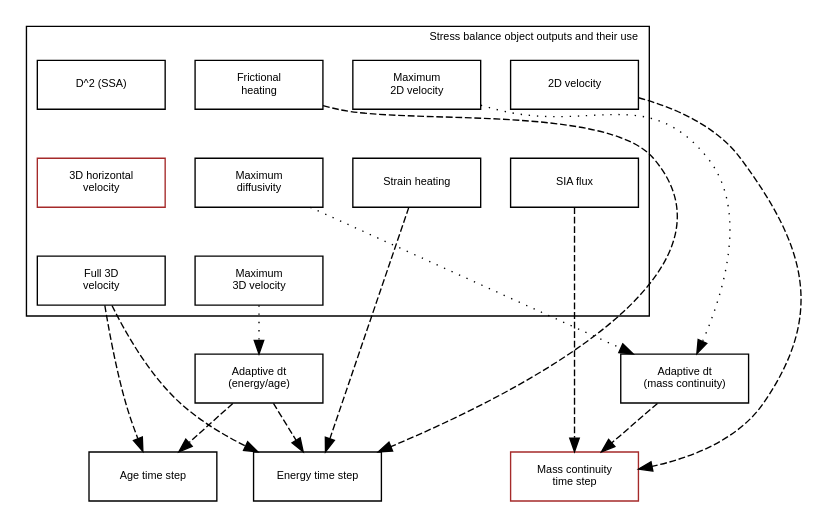
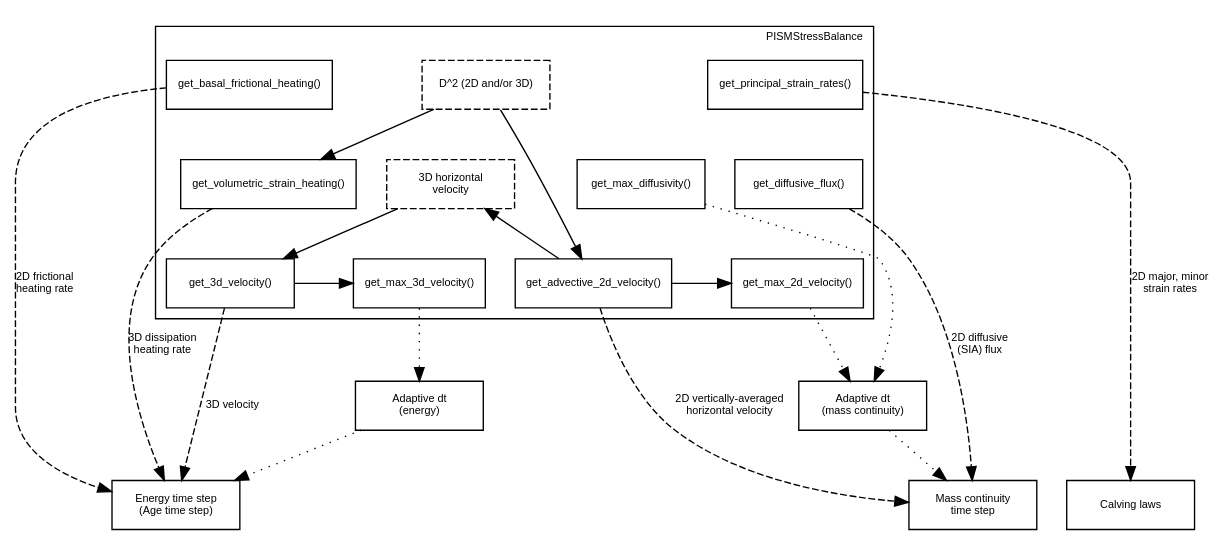
The diagram in src/base/stressbalance/figs/stressbalance-out.dot (pism/pism), drawn with Graphviz before and after one commit. The commit also changed other lines of this file and 7 other files, not shown here.

Commit message:
Added documentation to PISMStressBalance and clarified a bit of externals of BlatterStressBalance.  Much to do on latter ...

```diff
--- a/src/base/stressbalance/figs/stressbalance-out.dot
+++ b/src/base/stressbalance/figs/stressbalance-out.dot
@@ -1,52 +1,67 @@
 digraph out {
-    node [fontname=Arial fontsize=8 shape=box width=1.3 fixedsize=true];
+    node [fontname=Arial fontsize=8 shape=box width=1.3 fixedsize=false];
     edge [fontname=Arial fontsize=8];
     graph [fontname=Arial fontsize=8 ranksep=0.5 nodesep=0.3];
 
 subgraph cluster_out {
     // Global graph parameters
 
-    label="Stress balance object outputs and their use"
+    label="PISMStressBalance"
     labeljust=r
 
-    {rank=same
-        vel_2d [label="2D velocity"];   
-        frictional_heating [label="Frictional\nheating"];
-        max_uv [label="Maximum\n2D velocity"];
-        D2_ssa [label="D^2 (SSA)"];
+    {rank=min
+        frictional_heating [label="get_basal_frictional_heating()"];
+        D2_ssa [label="D^2 (2D and/or 3D)" style=dashed];
+        principal [label="get_principal_strain_rates()"];
     }
     {rank=same
-        sia_flux [label="SIA flux"];
-        D_max [label="Maximum\ndiffusivity"];
-        vel_3d [label="3D horizontal\nvelocity" color="brown"];
-        Sigma [label="Strain heating"];
+        vel_3d [label="3D horizontal\nvelocity" style=dashed];
+        Sigma [label="get_volumetric_strain_heating()"];
+        sia_flux [label="get_diffusive_flux()"];
+        D_max [label="get_max_diffusivity()"];
     }
-    vel_2d -> vel_3d [label="" style=invis weight=10];
-    frictional_heating -> sia_flux [style=invis weight=10];
-    {rank=same
-        vel_3d_full [label="Full 3D\nvelocity"];
-        max_uvw [label="Maximum\n3D velocity"];
+    {rank=max
+        vel_3d_full [label="get_3d_velocity()"];
+        max_uvw [label="get_max_3d_velocity()"];
+        vel_2d [label="get_advective_2d_velocity()"];   
+        max_uv [label="get_max_2d_velocity()"];
     }
-    vel_3d -> vel_3d_full [label="" style=invis weight=10];
-    D_max -> max_uvw [label="" style=invis weight=10];
+    D2_ssa -> vel_2d [label="" style=solid weight=10];
+    D2_ssa -> Sigma [label="" style=solid weight=10];
+    vel_2d -> max_uv [label="" style=solid weight=10];
+    vel_2d -> vel_3d [label="" style=solid weight=10];
+    vel_3d -> vel_3d_full [label="" style=solid weight=10];
+    vel_3d_full -> max_uvw [label="" style=solid weight=10];
 }
 
 {rank=same
+    /*adapt_dt_energy [label="Adaptive dt\n(energy/age)"];*/
+    adapt_dt_energy [label="Adaptive dt\n(energy)"];
     adapt_dt_mass [label="Adaptive dt\n(mass continuity)"];
-    adapt_dt_energy [label="Adaptive dt\n(energy/age)"];
 }
 
 {rank=same
-    mass [label="Mass continuity\ntime step" color="brown"];
-    energy [label="Energy time step"];
-    age [label="Age time step"];
+    energy [label="Energy time step\n(Age time step)"];
+    /*age [label="Age time step"];*/
+    mass [label="Mass continuity\ntime step"];
+    calving [label="Calving laws"];
 }
 
-{D_max max_uv} -> adapt_dt_mass [style=dotted weight=0];
-{max_uvw} -> adapt_dt_energy [label="" style=dotted weight=10];
-{vel_2d adapt_dt_mass} -> mass [style=dashed];
-sia_flux -> mass [style=dashed weight=10];
-{Sigma vel_3d_full adapt_dt_energy frictional_heating} -> energy [style=dashed];
-{vel_3d_full adapt_dt_energy} -> age [style=dashed];
+/* dashed = field transfered
+   dotted = scalar transfered */
+
+{D_max max_uv} -> adapt_dt_mass [style=dotted weight=10];
+max_uvw -> adapt_dt_energy [label="" style=dotted weight=10];
+adapt_dt_mass -> mass [style=dotted];
+adapt_dt_energy -> energy [style=dotted];
+/*adapt_dt_energy -> age [style=dotted];*/
+
+vel_2d -> mass [label="2D vertically-averaged\nhorizontal velocity" style=dashed];
+sia_flux -> mass [label="2D diffusive\n(SIA) flux" style=dashed weight=10];
+Sigma -> energy [label="3D dissipation\nheating rate" style=dashed];
+frictional_heating -> energy [label="2D frictional\nheating rate" style=dashed];
+vel_3d_full -> energy [label="3D velocity" style=dashed];
+/*vel_3d_full -> age [label="3D velocity" style=dashed];*/
+principal -> calving [label="2D major, minor\nstrain rates" style=dashed];
 
 }
```
